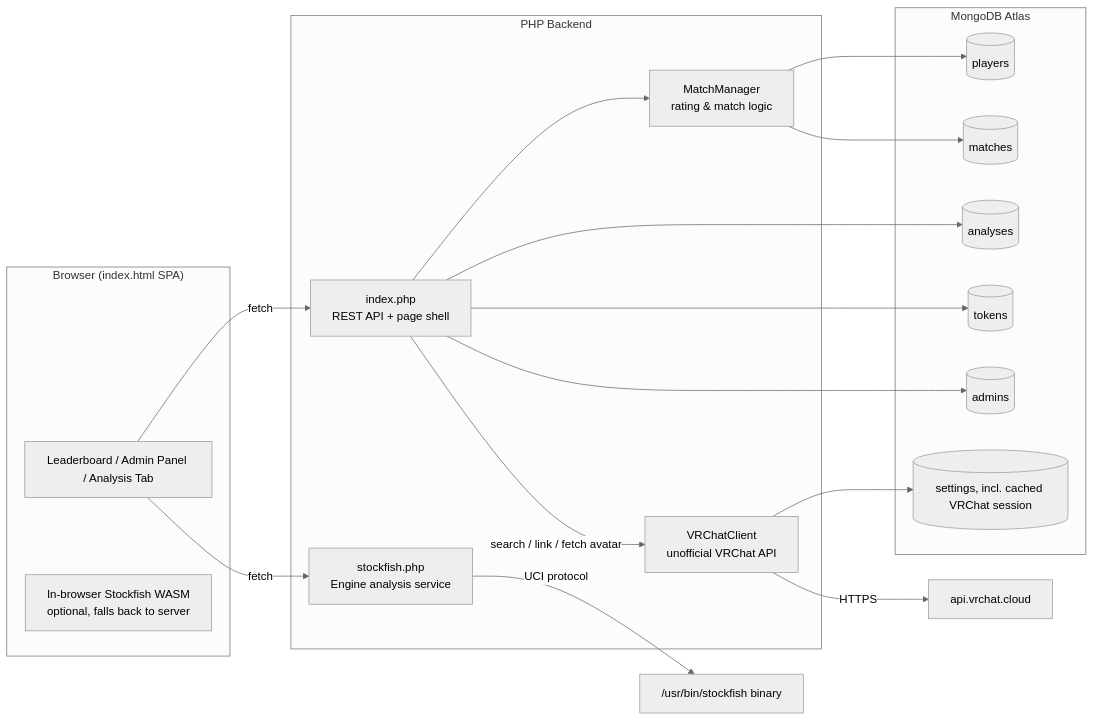
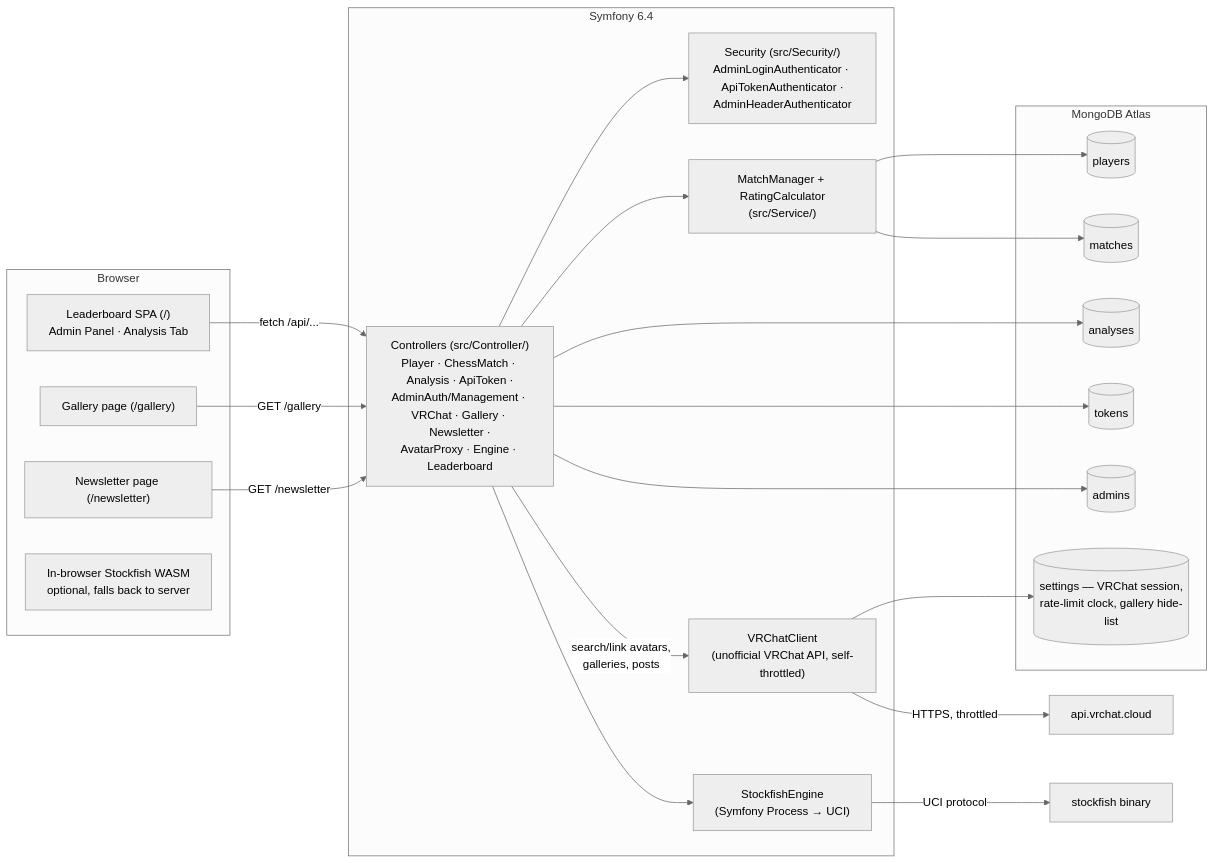
The first of 3 diagrams in README.md (Cvar1984/VRChessIndonesia), drawn with Mermaid (neutral theme) before and after one commit. The commit also changed other lines of this file and 31 other files, not shown here.

Commit message:
MAJOR UPDATE, symfony migration create new whole different API endpoint, theme, newsletter page, gallery page, and many things

````diff
--- a/README.md
+++ b/README.md
@@ -34,34 +33,39 @@
 ```mermaid
 flowchart LR
-    subgraph Client["Browser (index.html SPA)"]
-        UI["Leaderboard / Admin Panel / Analysis Tab"]
+    subgraph Client["Browser"]
+        UI["Leaderboard SPA (/)<br/>Admin Panel · Analysis Tab"]
+        GAL["Gallery page (/gallery)"]
+        NL["Newsletter page (/newsletter)"]
         WASM["In-browser Stockfish WASM<br/>optional, falls back to server"]
     end
 
-    subgraph Server["PHP Backend"]
-        IDX["index.php<br/>REST API + page shell"]
-        SF["stockfish.php<br/>Engine analysis service"]
-        MM["MatchManager<br/>rating & match logic"]
-        VRC["VRChatClient<br/>unofficial VRChat API"]
+    subgraph Server["Symfony 6.4"]
+        CTRL["Controllers (src/Controller/)<br/>Player · ChessMatch · Analysis · ApiToken ·<br/>AdminAuth/Management · VRChat · Gallery · Newsletter ·<br/>AvatarProxy · Engine · Leaderboard"]
+        SEC["Security (src/Security/)<br/>AdminLoginAuthenticator · ApiTokenAuthenticator ·<br/>AdminHeaderAuthenticator"]
+        MM["MatchManager + RatingCalculator<br/>(src/Service/)"]
+        SF["StockfishEngine<br/>(Symfony Process → UCI)"]
+        VRC["VRChatClient<br/>(unofficial VRChat API, self-throttled)"]
     end
 
     subgraph Data["MongoDB Atlas"]
         P[("players")]
         MA[("matches")]
         AN[("analyses")]
         TK[("tokens")]
         AD[("admins")]
-        ST[("settings, incl. cached VRChat session")]
+        ST[("settings — VRChat session,<br/>rate-limit clock, gallery hide-list")]
     end
 
-    UI -->|fetch| IDX
-    UI -->|fetch| SF
-    IDX --> MM --> P
+    UI -->|fetch /api/...| CTRL
+    GAL -->|GET /gallery| CTRL
+    NL -->|GET /newsletter| CTRL
+    CTRL --> SEC
+    CTRL --> MM --> P
     MM --> MA
-    IDX --> AN
-    IDX --> TK
-    IDX --> AD
-    IDX -->|"search / link / fetch avatar"| VRC -->|HTTPS| VRChatCloud["api.vrchat.cloud"]
+    CTRL --> AN
+    CTRL --> TK
+    CTRL --> AD
+    CTRL -->|"search/link avatars,<br/>galleries, posts"| VRC -->|HTTPS, throttled| VRChatCloud["api.vrchat.cloud"]
     VRC --> ST
-    SF -->|"UCI protocol"| Stockfish["/usr/bin/stockfish binary"]
+    CTRL --> SF -->|"UCI protocol"| Stockfish["stockfish binary"]
 ```
````
